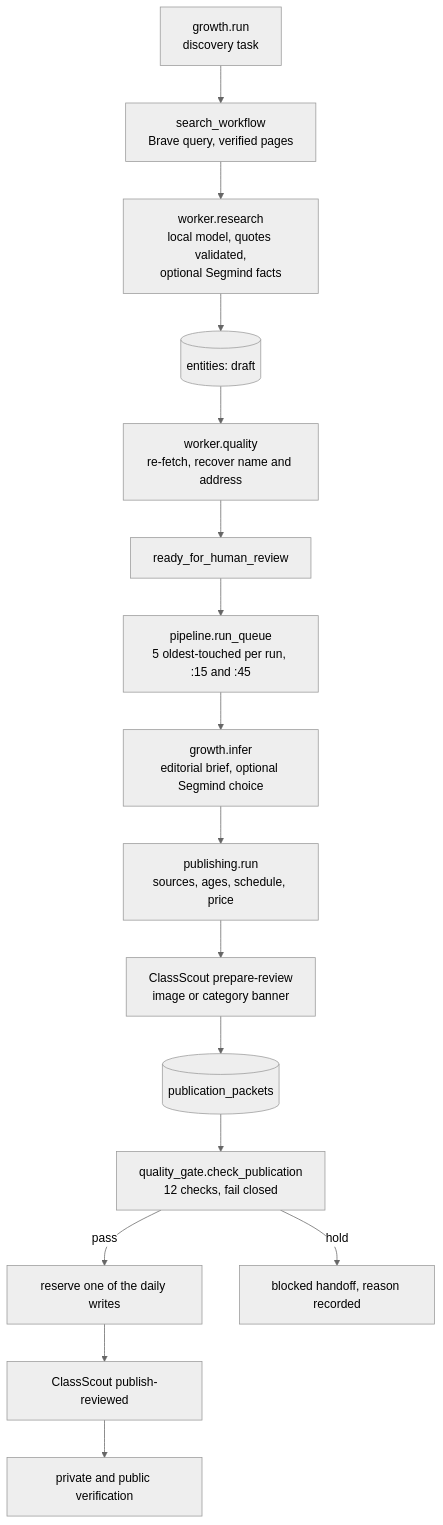
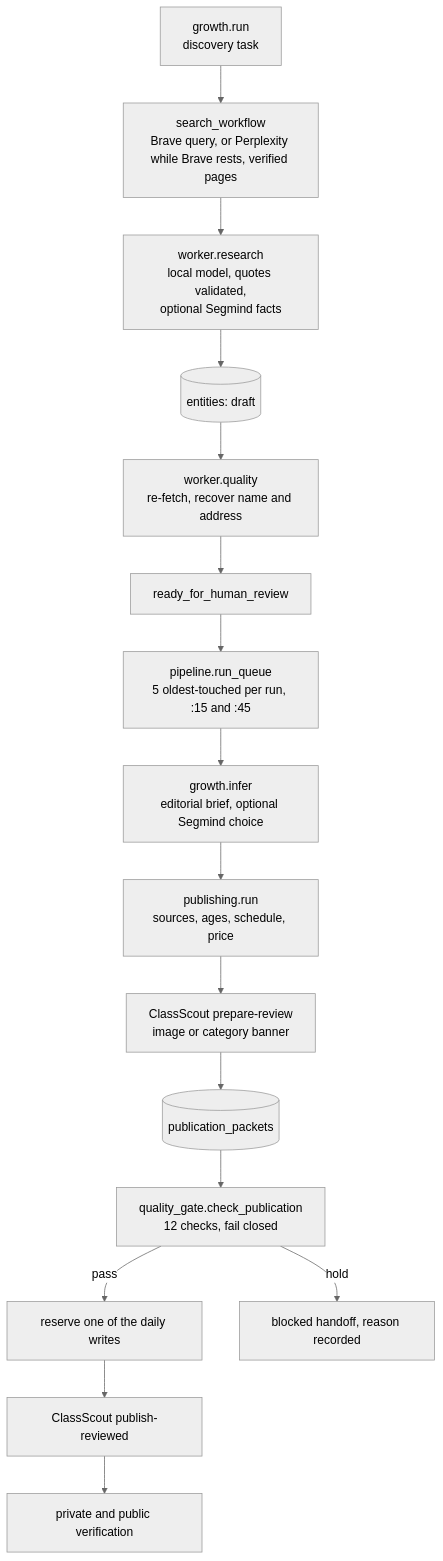
One commit to moldovancsaba/hetzner-nano-server changed the fourth of 4 diagrams in docs/ARCHITECTURE.md. Above: the diagram before and after it, drawn with Mermaid (neutral theme). The commit also changed other lines of this file and 6 other files, not shown here.

Commit message:
docs: Perplexity fallback in the architecture, access procedure for an agent session, hand-release procedure, release notes brought up to 67a9f91

````diff
--- a/docs/ARCHITECTURE.md
+++ b/docs/ARCHITECTURE.md
@@ -215,18 +217,18 @@
 ```mermaid
 flowchart TD
-  G[growth.run<br/>discovery task] --> S[search_workflow<br/>Brave query, verified pages]
+  G[growth.run<br/>discovery task] --> S[search_workflow<br/>Brave query, or Perplexity while Brave rests, verified pages]
   S --> R[worker.research<br/>local model, quotes validated,<br/>optional Segmind facts]
   R --> D[(entities: draft)]
   D --> Q[worker.quality<br/>re-fetch, recover name and address]
   Q --> RFR[ready_for_human_review]
   RFR --> QU[pipeline.run_queue<br/>5 oldest-touched per run, :15 and :45]
   QU --> B[growth.infer<br/>editorial brief, optional Segmind choice]
   B --> P[publishing.run<br/>sources, ages, schedule, price]
   P --> CSP[ClassScout prepare-review<br/>image or category banner]
   CSP --> PK[(publication_packets)]
   PK --> GATE[quality_gate.check_publication<br/>12 checks, fail closed]
   GATE -->|pass| RES[reserve one of the daily writes]
   RES --> PUB[ClassScout publish-reviewed]
   PUB --> VER[private and public verification]
   GATE -->|hold| HOLD[blocked handoff, reason recorded]
 ```
````
